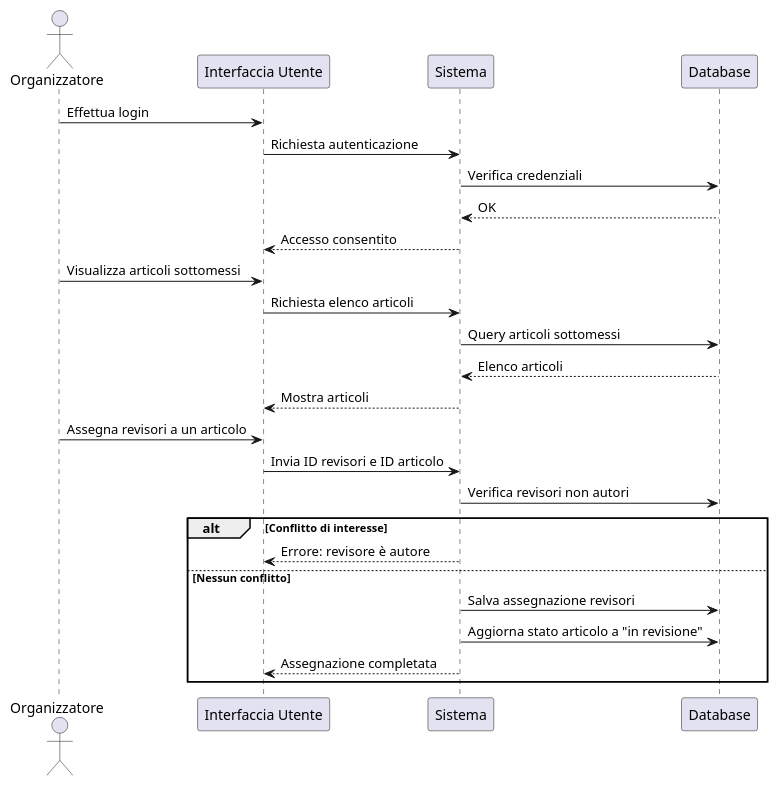
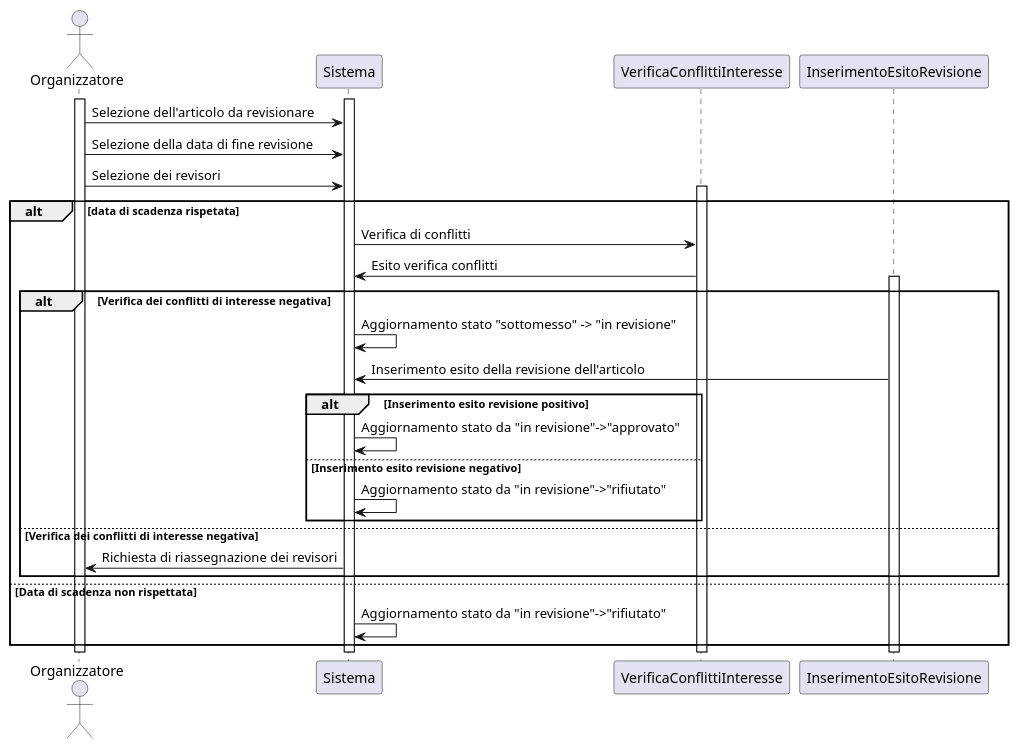
One commit to Air4x/Progetto_ISW changed the diagram in VisualParadigm/diagramma_sequenza_revisori.puml. Above: the diagram before and after it, drawn with PlantUML. The commit also changed 5 other files, not shown here.

Commit message:
Modificat i diagrammi di sequenzza per accesso, registrazione,sottomisionearticolo,revisione,creaconferenza

```diff
--- a/VisualParadigm/diagramma_sequenza_revisori.puml
+++ b/VisualParadigm/diagramma_sequenza_revisori.puml
@@ -1,30 +1,35 @@
 @startuml
-actor Organizzatore
-participant "Interfaccia Utente" as UI
-participant "Sistema" as Sistema
-participant "Database" as DB
+actor Organizzatore as org
+participant "Sistema" as ui
+participant "VerificaConflittiInteresse" as vc
+participant "InserimentoEsitoRevisione" as rev
 
-Organizzatore -> UI : Effettua login
-UI -> Sistema : Richiesta autenticazione
-Sistema -> DB : Verifica credenziali
-DB --> Sistema : OK
-Sistema --> UI : Accesso consentito
-
-Organizzatore -> UI : Visualizza articoli sottomessi
-UI -> Sistema : Richiesta elenco articoli
-Sistema -> DB : Query articoli sottomessi
-DB --> Sistema : Elenco articoli
-Sistema --> UI : Mostra articoli
-
-Organizzatore -> UI : Assegna revisori a un articolo
-UI -> Sistema : Invia ID revisori e ID articolo
-Sistema -> DB : Verifica revisori non autori
-alt Conflitto di interesse
-    Sistema --> UI : Errore: revisore è autore
-else Nessun conflitto
-    Sistema -> DB : Salva assegnazione revisori
-    Sistema -> DB : Aggiorna stato articolo a "in revisione"
-    Sistema --> UI : Assegnazione completata
+activate org
+activate ui
+org -> ui: Selezione dell'articolo da revisionare
+org -> ui: Selezione della data di fine revisione
+org -> ui: Selezione dei revisori
+activate vc
+alt data di scadenza rispetata
+ui -> vc: Verifica di conflitti
+vc -> ui: Esito verifica conflitti
+alt Verifica dei conflitti di interesse negativa
+activate rev
+    ui -> ui: Aggiornamento stato "sottomesso" -> "in revisione"
+    rev -> ui: Inserimento esito della revisione dell'articolo
+alt Inserimento esito revisione positivo
+    ui -> ui: Aggiornamento stato da "in revisione"->"approvato"
+else Inserimento esito revisione negativo
+    ui -> ui: Aggiornamento stato da "in revisione"->"rifiutato"
 end
-
+else Verifica dei conflitti di interesse negativa
+    ui -> org: Richiesta di riassegnazione dei revisori
+end
+else Data di scadenza non rispettata
+    ui -> ui: Aggiornamento stato da "in revisione"->"rifiutato"
+end
+deactivate rev
+deactivate vc
+deactivate ui
+deactivate org
 @enduml
```
